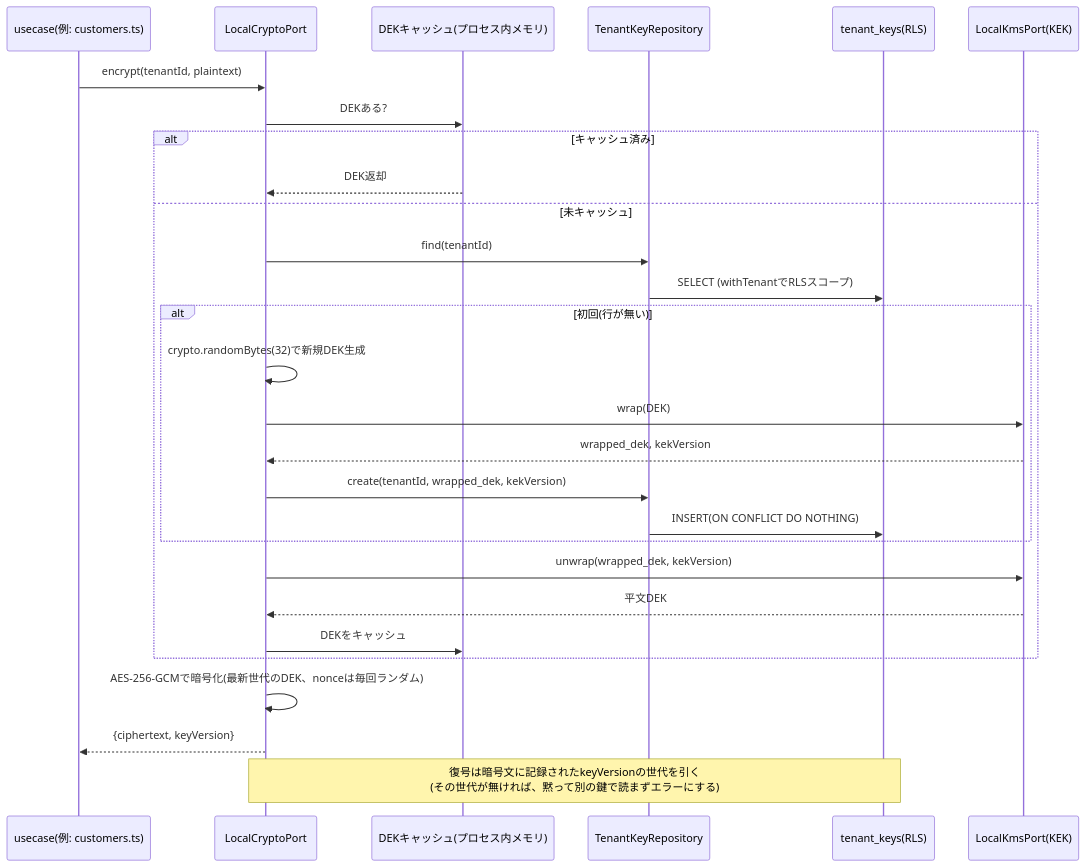
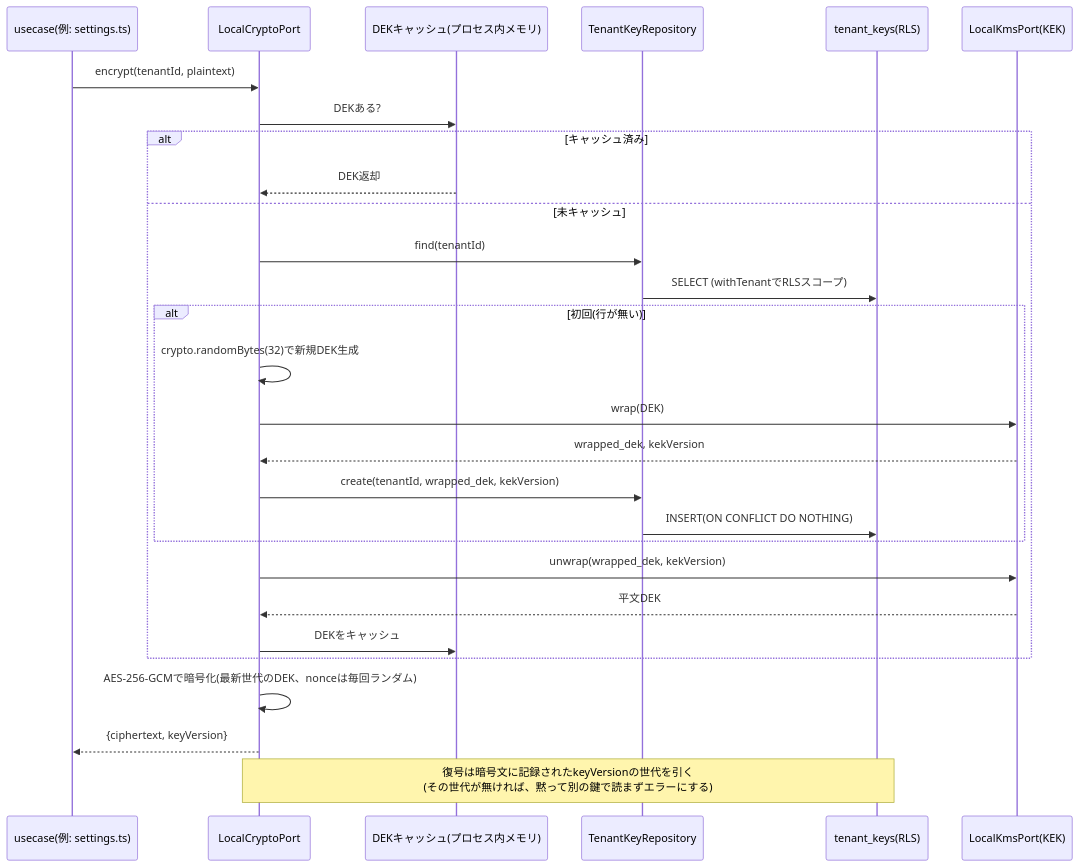
Before and after one commit to ohru131/katahimo-app: the third of 3 diagrams in doc/09_データベース構造解説.md, drawn with Mermaid. The commit also changed other lines of this file and 3 other files, not shown here.

````diff
--- a/doc/09_データベース構造解説.md
+++ b/doc/09_データベース構造解説.md
@@ -279,31 +316,31 @@
 ```mermaid
 sequenceDiagram
-    participant UC as usecase(例: customers.ts)
+    participant UC as usecase(例: settings.ts)
     participant CP as LocalCryptoPort
     participant Cache as DEKキャッシュ(プロセス内メモリ)
     participant Repo as TenantKeyRepository
     participant DB as tenant_keys(RLS)
     participant KMS as LocalKmsPort(KEK)
 
     UC->>CP: encrypt(tenantId, plaintext)
     CP->>Cache: DEKある?
     alt キャッシュ済み
         Cache-->>CP: DEK返却
     else 未キャッシュ
         CP->>Repo: find(tenantId)
         Repo->>DB: SELECT (withTenantでRLSスコープ)
         alt 初回(行が無い)
             CP->>CP: crypto.randomBytes(32)で新規DEK生成
             CP->>KMS: wrap(DEK)
             KMS-->>CP: wrapped_dek, kekVersion
             CP->>Repo: create(tenantId, wrapped_dek, kekVersion)
             Repo->>DB: INSERT(ON CONFLICT DO NOTHING)
         end
         CP->>KMS: unwrap(wrapped_dek, kekVersion)
         KMS-->>CP: 平文DEK
         CP->>Cache: DEKをキャッシュ
     end
     CP->>CP: AES-256-GCMで暗号化(最新世代のDEK、nonceは毎回ランダム)
     CP-->>UC: {ciphertext, keyVersion}
     Note over CP,DB: 復号は暗号文に記録されたkeyVersionの世代を引く<br/>(その世代が無ければ、黙って別の鍵で読まずエラーにする)
 ```
````
